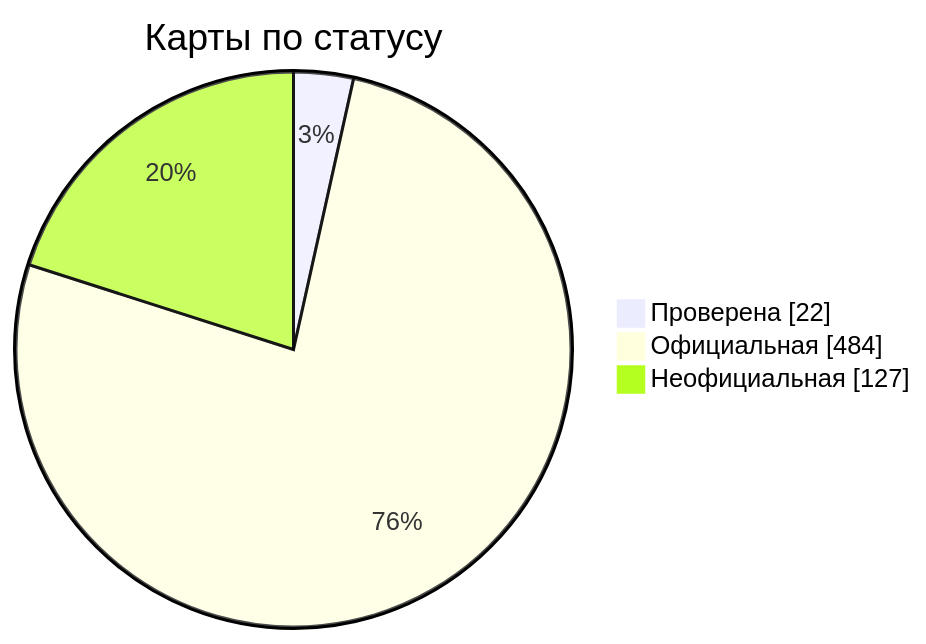
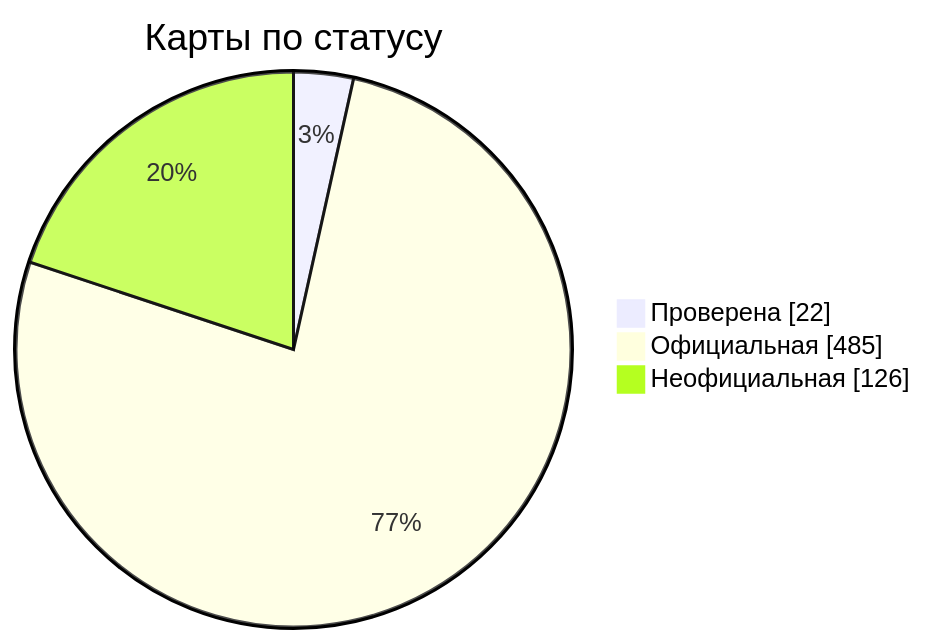
The diagram in docs/readme/README_RU.md (nobrega8/mbmap-library), drawn with Mermaid before and after one commit. The commit also changed 6 other files, not shown here.

````diff
--- a/docs/readme/README_RU.md
+++ b/docs/readme/README_RU.md
@@ -54,7 +54,7 @@
 ```mermaid
 pie showData
     title Карты по статусу
     "Проверена" : 22
-    "Официальная" : 484
-    "Неофициальная" : 127
+    "Официальная" : 485
+    "Неофициальная" : 126
 ```
````
